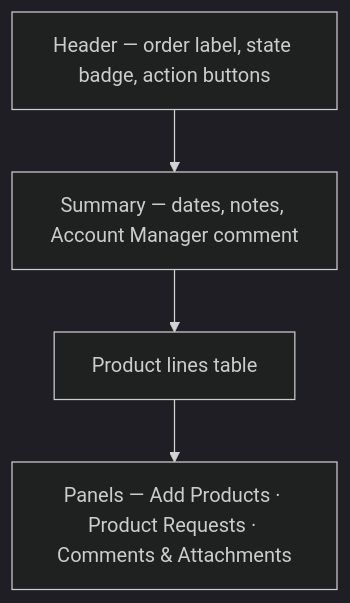
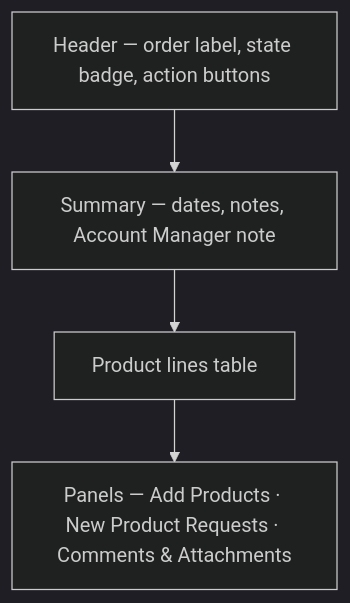
Before and after one commit to LaplaceSoftware/lp_projects_docs: the second of 3 diagrams in docs_client/_client_user_guide/005-Client-Portal-Orders.md, drawn with Mermaid (dark theme). The commit also changed other lines of this file and 48 other files, not shown here.

````diff
--- a/docs_client/_client_user_guide/005-Client-Portal-Orders.md
+++ b/docs_client/_client_user_guide/005-Client-Portal-Orders.md
@@ -93,6 +93,6 @@
 ```mermaid
 flowchart TB
-    H["Header — order label, state badge, action buttons"] --> S["Summary — dates, notes, Account Manager comment"]
+    H["Header — order label, state badge, action buttons"] --> S["Summary — dates, notes, Account Manager note"]
     S --> L["Product lines table"]
-    L --> P["Panels — Add Products · Product Requests · Comments & Attachments"]
+    L --> P["Panels — Add Products · New Product Requests · Comments & Attachments"]
 ```
````
